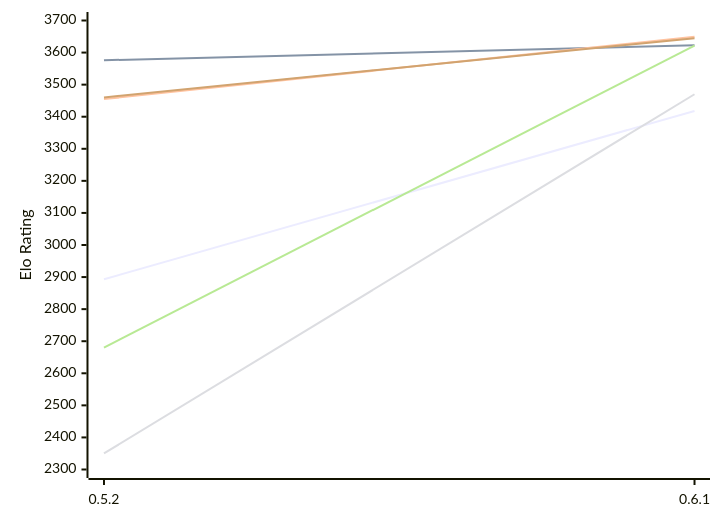
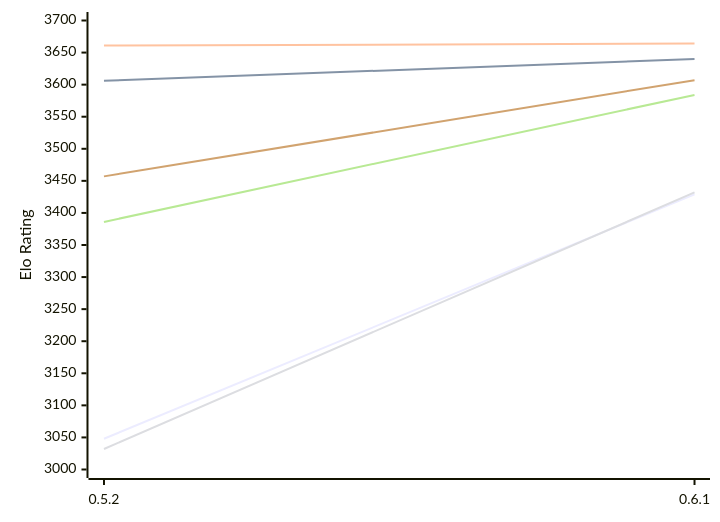
One commit to computer-chess-index/cci changed the first of 2 diagrams in engines/Cinder.md. Above: the diagram before and after it, drawn with Mermaid. The commit also changed other lines of this file, not shown here.

Commit message:
Update CCI Ratings (ELO VLTC) - 2026-11-14

````diff
--- a/engines/Cinder.md
+++ b/engines/Cinder.md
@@ -54,12 +54,12 @@
 ```mermaid
 %%{init: {"theme":"base","themeVariables":{"seriesColors:['#a3a3a3','#222221','#faa371']}}}%%
 xychart-beta
   x-axis ["0.5.2", "0.6.1"]
-  y-axis "Elo Rating" 2300 --> 3700
-  line "E1: STC (8.0+0.08s)" [2893, 3418]
-  line "E1: LTC (60.0+0.60s)" [3576, 3623]
-  line "E1: VLTC (2m24s+1.12s)" [3455, 3649]
-  line "P1: STC (8.0+0.08s)" [2350, 3470]
-  line "P1: LTC (60.0+0.60s)" [2680, 3622]
-  line "P1: VLTC (2m24s+1.12s)" [3460, 3645]
+  y-axis "Elo Rating" 3000 --> 3700
+  line "E1: STC (8.0+0.08s)" [3048, 3429]
+  line "E1: LTC (60.0+0.60s)" [3606, 3640]
+  line "E1: VLTC (2m24s+1.12s)" [3661, 3664]
+  line "P1: STC (8.0+0.08s)" [3032, 3432]
+  line "P1: LTC (60.0+0.60s)" [3386, 3584]
+  line "P1: VLTC (2m24s+1.12s)" [3457, 3607]
 ```
````
